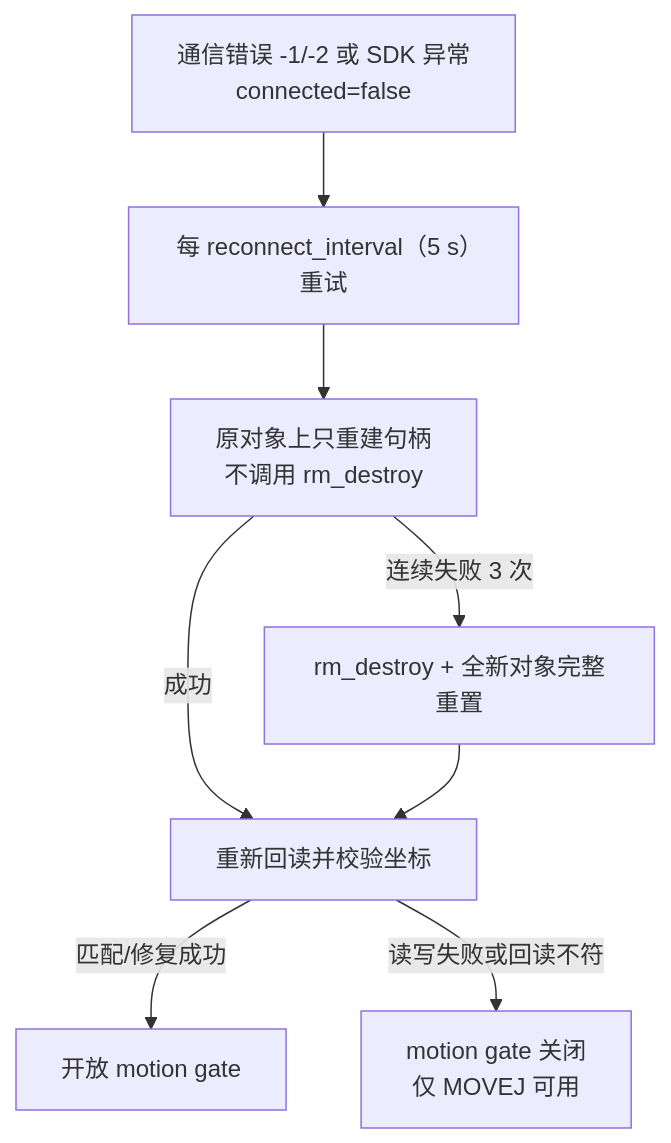
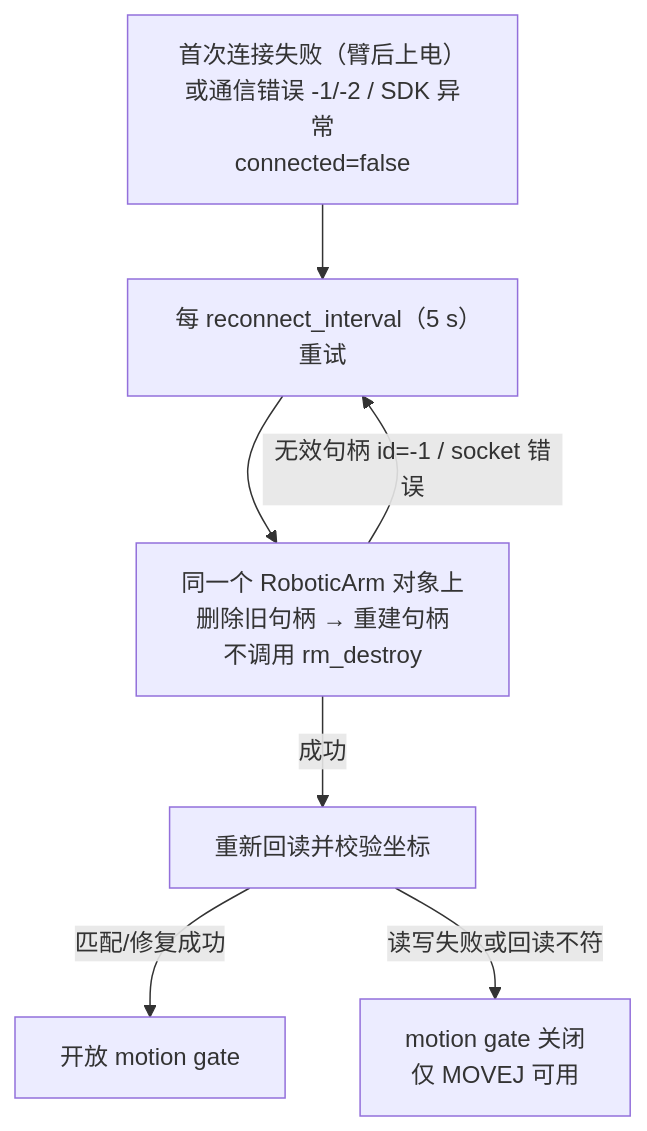
Before and after one commit to QingTianRobot/realman_pi: the first of 2 diagrams in website/docs/development/realman-driver-scaffold.md, drawn with Mermaid. The commit also changed other lines of this file and 5 other files, not shown here.

````diff
--- a/website/docs/development/realman-driver-scaffold.md
+++ b/website/docs/development/realman-driver-scaffold.md
@@ -105,10 +105,9 @@
 ```mermaid
 flowchart TD
-  L["通信错误 -1/-2 或 SDK 异常<br/>connected=false"] --> T["每 reconnect_interval（5 s）重试"]
-  T --> S["原对象上只重建句柄<br/>不调用 rm_destroy"]
+  C0["首次连接失败（臂后上电）<br/>或通信错误 -1/-2 / SDK 异常<br/>connected=false"] --> T["每 reconnect_interval（5 s）重试"]
+  T --> S["同一个 RoboticArm 对象上<br/>删除旧句柄 → 重建句柄<br/>不调用 rm_destroy"]
+  S -- "无效句柄 id=-1 / socket 错误" --> T
   S -- 成功 --> V["重新回读并校验坐标"]
-  S -- 连续失败 3 次 --> F["rm_destroy + 全新对象完整重置"]
-  F --> V
   V -- 匹配/修复成功 --> OK["开放 motion gate"]
   V -- 读写失败或回读不符 --> BLK["motion gate 关闭<br/>仅 MOVEJ 可用"]
 ```
````
